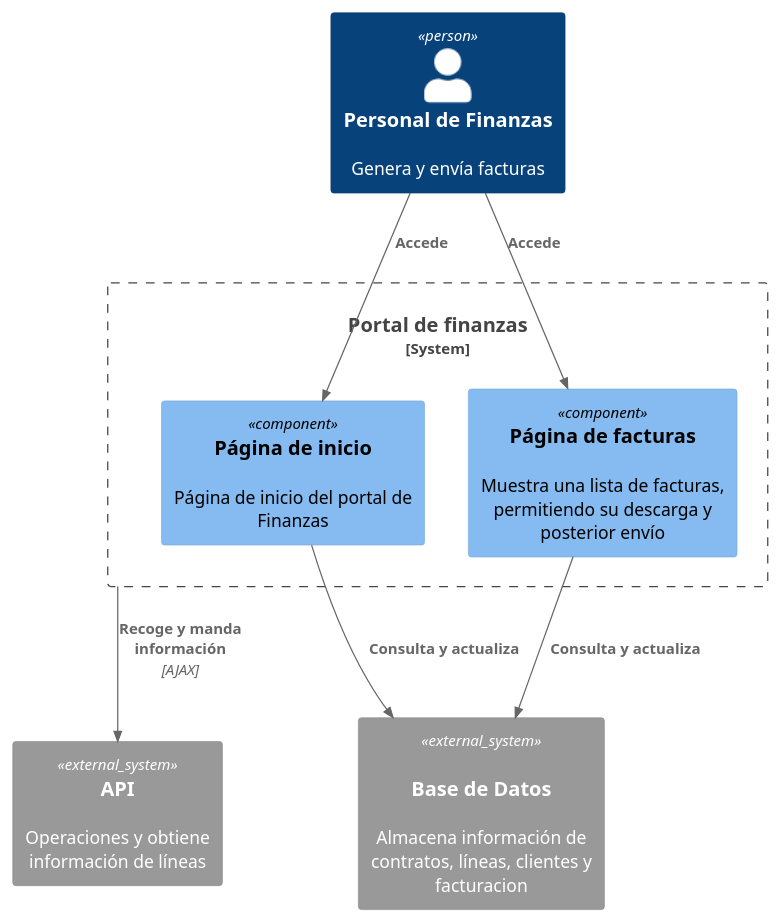
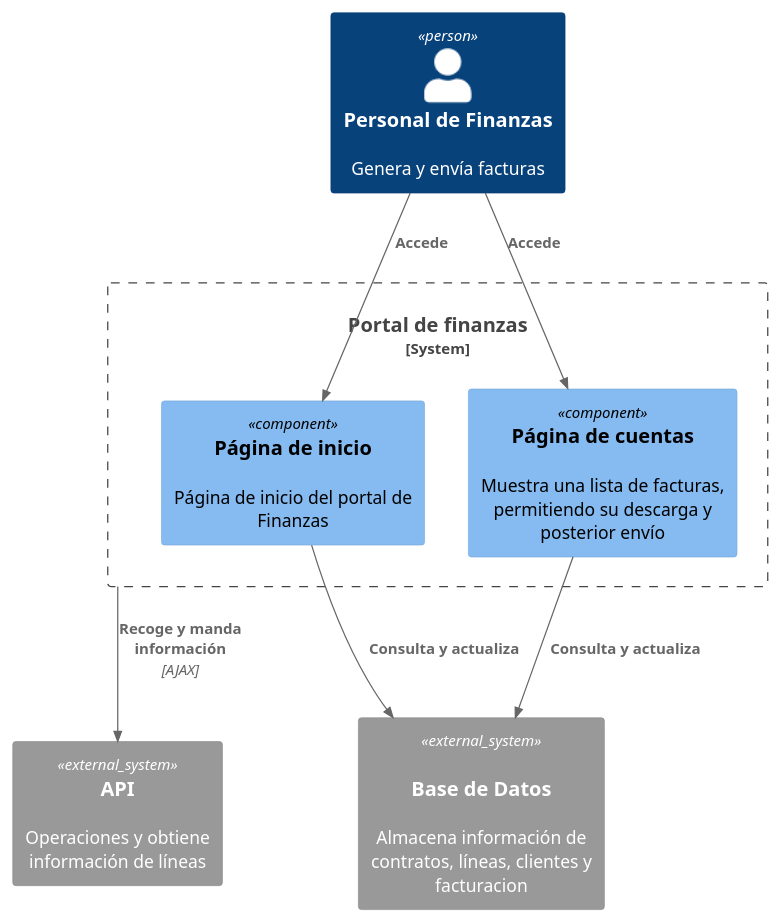
Before and after one commit to davidbp10/iw2023-2024-MovilUCA: the diagram in docs/diagrams/PFinanzasComponentDiagram.puml, drawn with PlantUML. The commit also changed 9 other files, not shown here.

```diff
--- a/docs/diagrams/PFinanzasComponentDiagram.puml
+++ b/docs/diagrams/PFinanzasComponentDiagram.puml
@@ -1,28 +1,28 @@
 @startuml PFinanzasComponentDiagram
 !include https://raw.githubusercontent.com/plantuml-stdlib/C4-PlantUML/master/C4_Component.puml
 
 
 Person(f, "Personal de Finanzas", "Genera y envía facturas")
 
 System_Boundary(pf, "Portal de finanzas", , "Genera y envía facturas") {
 
     Component( pi, "Página de inicio", , "Página de inicio del portal de Finanzas")
-    Component( pfa, "Página de facturas", , "Muestra una lista de facturas, permitiendo su descarga y posterior envío")
+    Component( pfa, "Página de cuentas", , "Muestra una lista de facturas, permitiendo su descarga y posterior envío")
 
 }
 
 System_Ext(bd, "Base de Datos", "Almacena información de contratos, líneas, clientes y facturacion", "MySQL")
 System_Ext(api, "API", "Operaciones y obtiene información de líneas")
 
 
 Rel(f,pi,"Accede")
 Rel(f,pfa,"Accede")
 
 Rel(pf,api,"Recoge y manda información","AJAX")
 
 Rel(pi, bd, "Consulta y actualiza")
 Rel(pfa, bd, "Consulta y actualiza")
 
 
 
 @enduml
```
